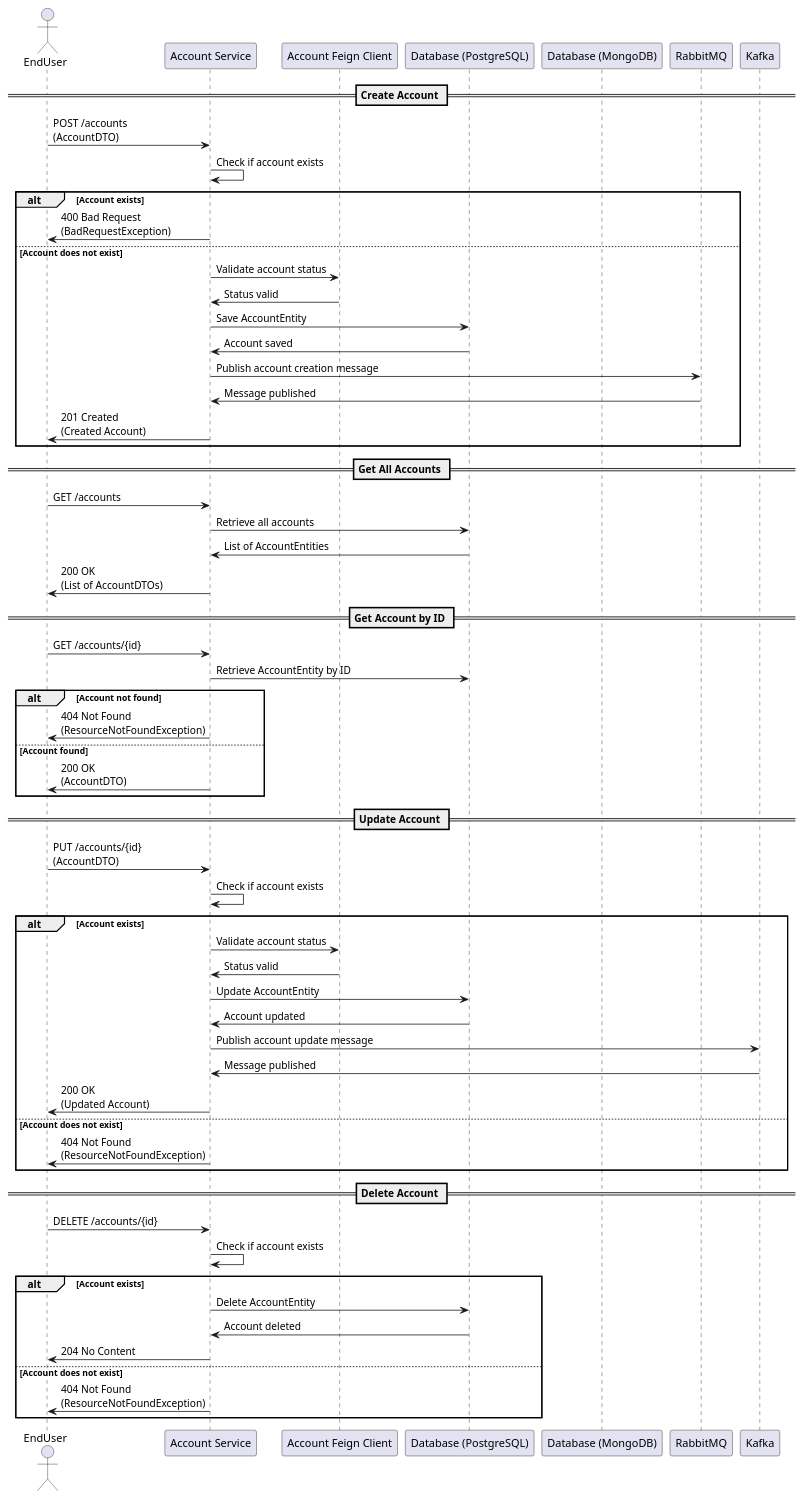
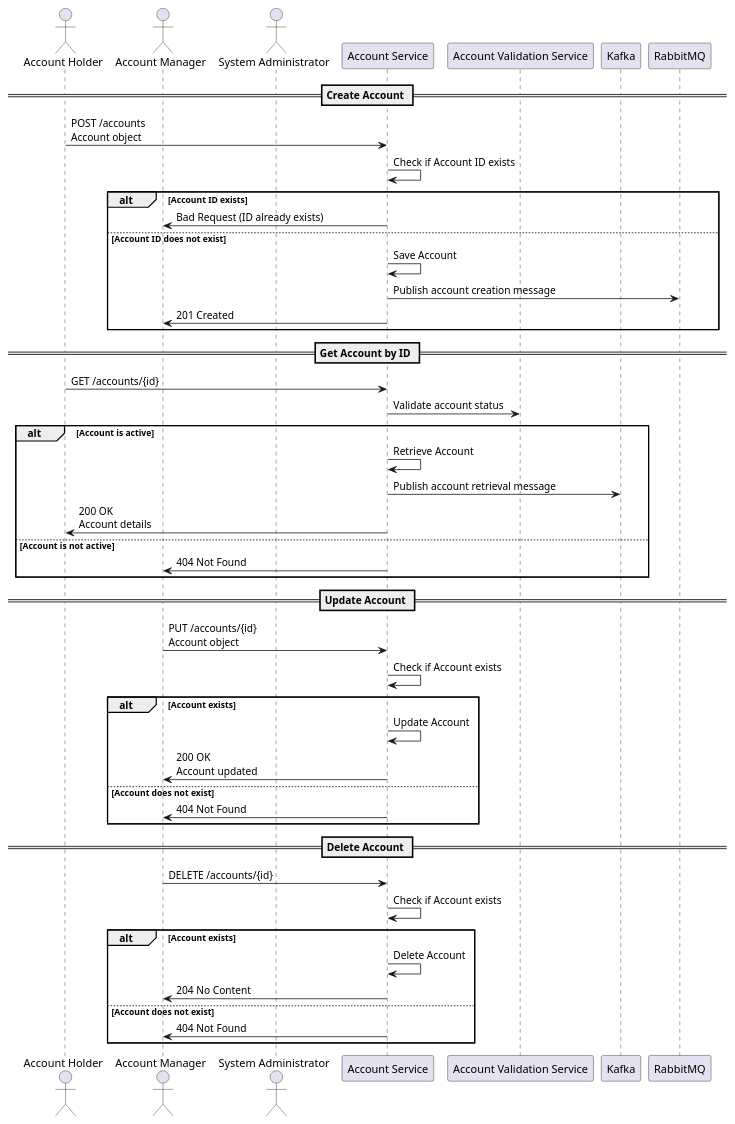
Before and after one commit to Bhaskar-Pavan/AccountService: the diagram in design_document/Account_service.md, drawn with PlantUML. The commit also changed other lines of this file, not shown here.

````diff
--- a/design_document/Account_service.md
+++ b/design_document/Account_service.md
@@ -38,67 +36,54 @@
 ```plantuml
 @startuml
-actor EndUser
-participant "Account Service" as AccountService
-participant "Account Feign Client" as AccountFeignClient
-participant "Database (PostgreSQL)" as PostgreSQL
-participant "Database (MongoDB)" as MongoDB
-participant "RabbitMQ" as RabbitMQ
-participant "Kafka" as Kafka
+actor "Account Holder" as AH
+actor "Account Manager" as AM
+actor "System Administrator" as SA
+participant "Account Service" as AS
+participant "Account Validation Service" as AVS
+participant "Kafka" as KAFKA
+participant "RabbitMQ" as RABBITMQ
 
 == Create Account ==
-EndUser -> AccountService: POST /accounts\n(AccountDTO)
-AccountService -> AccountService: Check if account exists
-alt Account exists
-    AccountService -> EndUser: 400 Bad Request\n(BadRequestException)
-else Account does not exist
-    AccountService -> AccountFeignClient: Validate account status
-    AccountFeignClient -> AccountService: Status valid
-    AccountService -> PostgreSQL: Save AccountEntity
-    PostgreSQL -> AccountService: Account saved
-    AccountService -> RabbitMQ: Publish account creation message
-    RabbitMQ -> AccountService: Message published
-    AccountService -> EndUser: 201 Created\n(Created Account)
+AH -> AS : POST /accounts\nAccount object
+AS -> AS : Check if Account ID exists
+alt Account ID exists
+    AS -> AM : Bad Request (ID already exists)
+else Account ID does not exist
+    AS -> AS : Save Account
+    AS -> RABBITMQ : Publish account creation message
+    AS -> AM : 201 Created
 end
 
-== Get All Accounts ==
-EndUser -> AccountService: GET /accounts
-AccountService -> PostgreSQL: Retrieve all accounts
-PostgreSQL -> AccountService: List of AccountEntities
-AccountService -> EndUser: 200 OK\n(List of AccountDTOs)
-
 == Get Account by ID ==
-EndUser -> AccountService: GET /accounts/{id}
-AccountService -> PostgreSQL: Retrieve AccountEntity by ID
-alt Account not found
-    AccountService -> EndUser: 404 Not Found\n(ResourceNotFoundException)
-else Account found
-    AccountService -> EndUser: 200 OK\n(AccountDTO)
+AH -> AS : GET /accounts/{id}
+AS -> AVS : Validate account status
+alt Account is active
+    AS -> AS : Retrieve Account
+    AS -> KAFKA : Publish account retrieval message
+    AS -> AH : 200 OK\nAccount details
+else Account is not active
+    AS -> AM : 404 Not Found
 end
 
 == Update Account ==
-EndUser -> AccountService: PUT /accounts/{id}\n(AccountDTO)
-AccountService -> AccountService: Check if account exists
+AM -> AS : PUT /accounts/{id}\nAccount object
+AS -> AS : Check if Account exists
 alt Account exists
-    AccountService -> AccountFeignClient: Validate account status
-    AccountFeignClient -> AccountService: Status valid
-    AccountService -> PostgreSQL: Update AccountEntity
-    PostgreSQL -> AccountService: Account updated
-    AccountService -> Kafka: Publish account update message
-    Kafka -> AccountService: Message published
-    AccountService -> EndUser: 200 OK\n(Updated Account)
+    AS -> AS : Update Account
+    AS -> AM : 200 OK\nAccount updated
 else Account does not exist
-    AccountService -> EndUser: 404 Not Found\n(ResourceNotFoundException)
+    AS -> AM : 404 Not Found
 end
 
 == Delete Account ==
-EndUser -> AccountService: DELETE /accounts/{id}
-AccountService -> AccountService: Check if account exists
+AM -> AS : DELETE /accounts/{id}
+AS -> AS : Check if Account exists
 alt Account exists
-    AccountService -> PostgreSQL: Delete AccountEntity
-    PostgreSQL -> AccountService: Account deleted
-    AccountService -> EndUser: 204 No Content
+    AS -> AS : Delete Account
+    AS -> AM : 204 No Content
 else Account does not exist
-    AccountService -> EndUser: 404 Not Found\n(ResourceNotFoundException)
+    AS -> AM : 404 Not Found
 end
+
 @enduml
 ```
````
